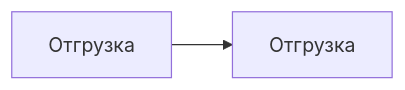
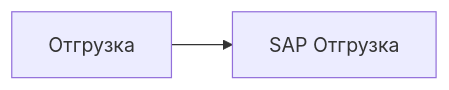
The fourth of 5 diagrams in Begin/Pre-QRF/Sales-Process/00.-Сопоставление-документов-SAP-с-процессом-продажи.md (nikmad-ops/roinworld-sap-b1-docs), drawn with Mermaid before and after one commit. The commit also changed other lines of this file, not shown here.

Commit message:
Updated 00. Сопоставление документов SAP с процессом продажи

```diff
--- a/Begin/Pre-QRF/Sales-Process/00.-Сопоставление-документов-SAP-с-процессом-продажи.md
+++ b/Begin/Pre-QRF/Sales-Process/00.-Сопоставление-документов-SAP-с-процессом-продажи.md
@@ -17,4 +17,4 @@
 ::: mermaid
  graph LR;
- A[Отгрузка] --> B[Отгрузка];
+ A[Отгрузка] --> B[SAP Отгрузка];
 :::
```
